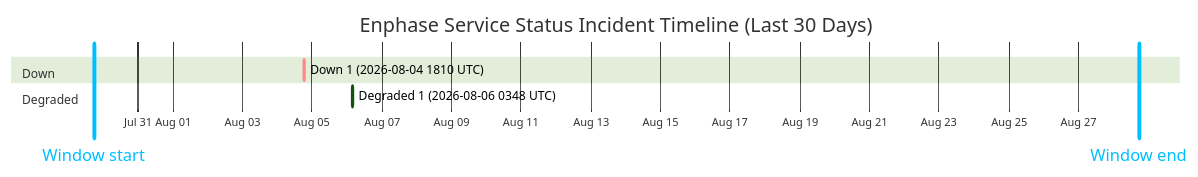
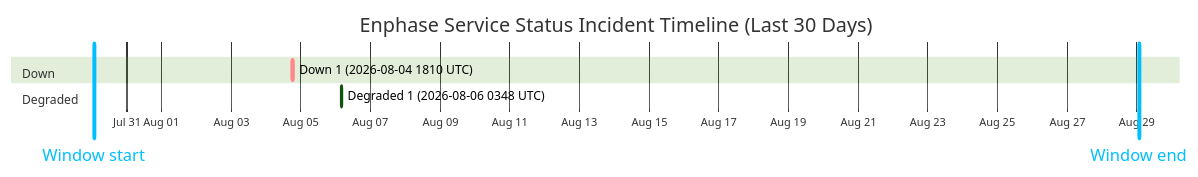
One commit to barneyonline/ha-enphase-energy changed the diagram in wiki/Service-Status-History.md. Above: the diagram before and after it, drawn with Mermaid (forest theme). The commit also changed other lines of this file and 3 other files, not shown here.

````diff
--- a/wiki/Service-Status-History.md
+++ b/wiki/Service-Status-History.md
@@ -14,12 +14,12 @@
 ```mermaid
 gantt
     title Enphase Service Status Incident Timeline (Last 30 Days)
     dateFormat  YYYY-MM-DDTHH:mm:ss
     axisFormat  %b %d
-    Window start :vert, window-start, 2026-07-29T17:36:27, 0ms
-    Window end :vert, window-end, 2026-08-28T17:36:27, 0ms
+    Window start :vert, window-start, 2026-07-30T01:28:11, 0ms
+    Window end :vert, window-end, 2026-08-29T01:28:11, 0ms
     section Down
     Down 1 (2026-08-04 1810 UTC) :crit, down-1, 2026-08-04T18:10:46, 60m
     section Degraded
     Degraded 1 (2026-08-06 0348 UTC) :active, degraded-1, 2026-08-06T03:48:14, 60m
 ```
````
